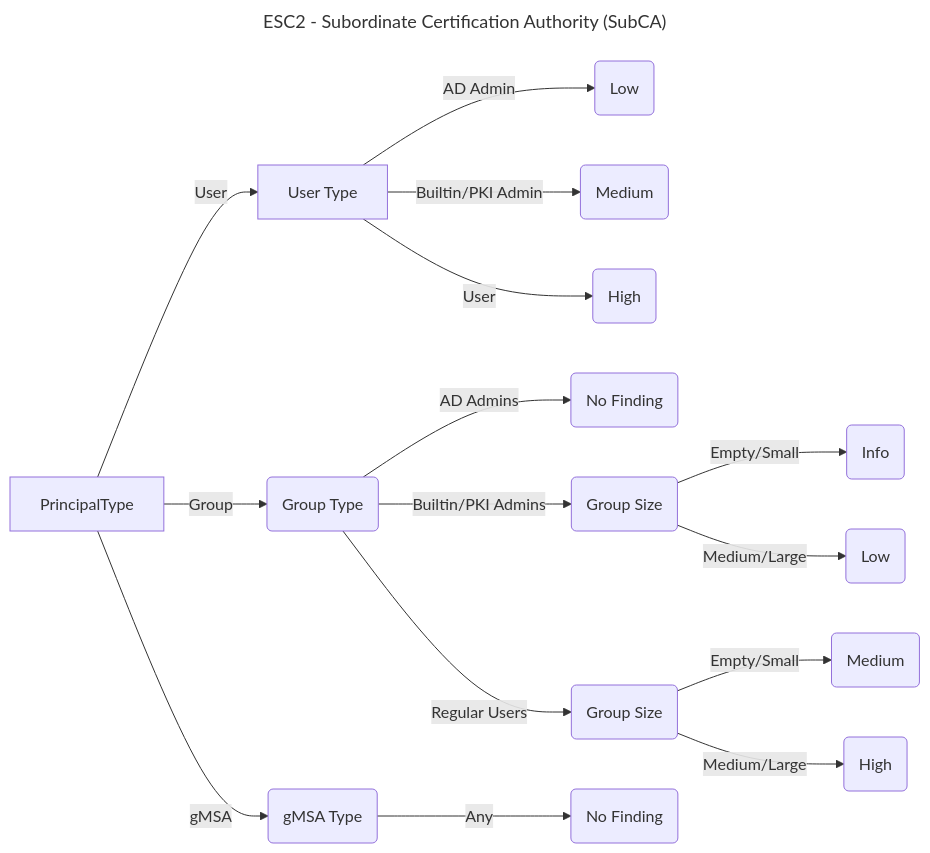
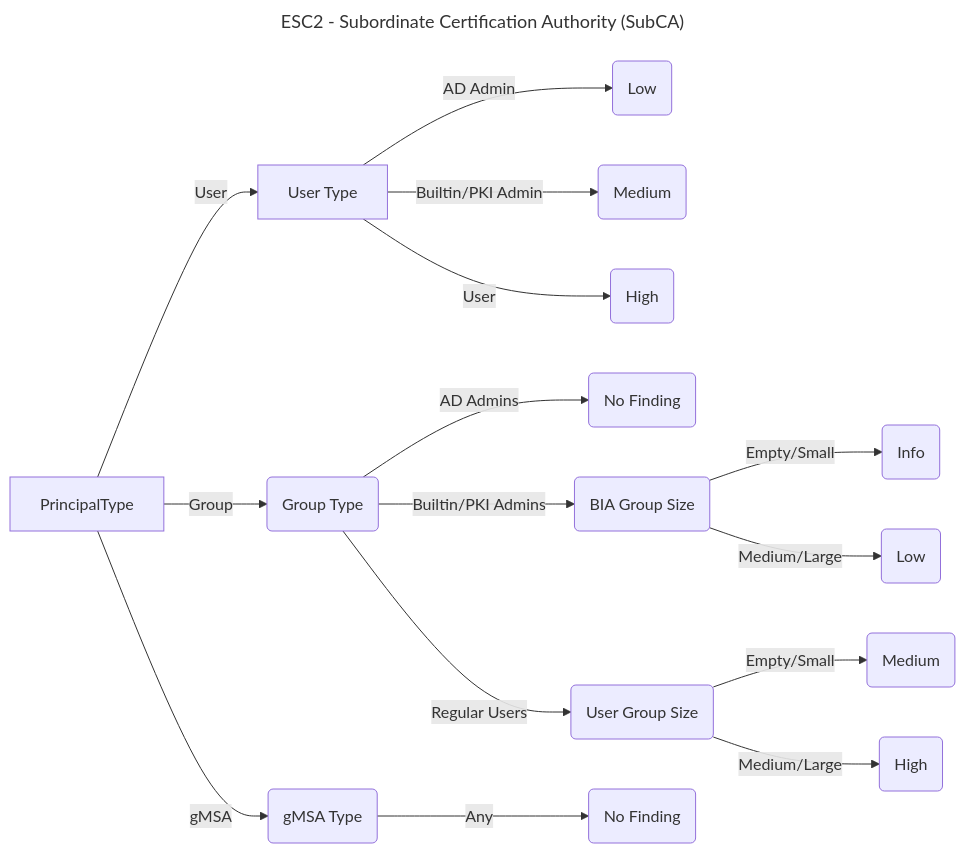
Before and after one commit to TrimarcJake/Locksmith: the diagram in Docs/Flowcharts/ESC2.md, drawn with Mermaid. The commit also changed 4 other files, not shown here.

````diff
--- a/Docs/Flowcharts/ESC2.md
+++ b/Docs/Flowcharts/ESC2.md
@@ -1,20 +1,20 @@
 ```mermaid
 ---
 title: ESC2 - Subordinate Certification Authority (SubCA)
 ---
 flowchart LR
     PrincipalType -->|User| UserType["User Type"];
             UserType -- AD Admin --> ADAUPriority(Low);
             UserType -- Builtin/PKI Admin --> BIAUPriority(Medium);
             UserType -- User --> UserPriority(High);
     PrincipalType -->|Group| GroupType("Group Type");
             GroupType -- AD Admins --> ADASize(No Finding);
-            GroupType -- Builtin/PKI Admins --> BIASize(Group Size);
+            GroupType -- Builtin/PKI Admins --> BIASize(BIA Group Size);
                 BIASize -- Empty/Small --> BIAEGPriority(Info);
                 BIASize -- Medium/Large --> BIAMGPriority(Low);
-            GroupType -- Regular Users --> UsersSize(Group Size);
+            GroupType -- Regular Users --> UsersSize(User Group Size);
                 UsersSize -- Empty/Small --> UsersEGPriority(Medium);
                 UsersSize -- Medium/Large --> UsersMGPriority(High);
     PrincipalType -->|gMSA| gMSAType(gMSA Type);
             gMSAType -- Any --> gMSAPriority(No Finding);
 ```
````
